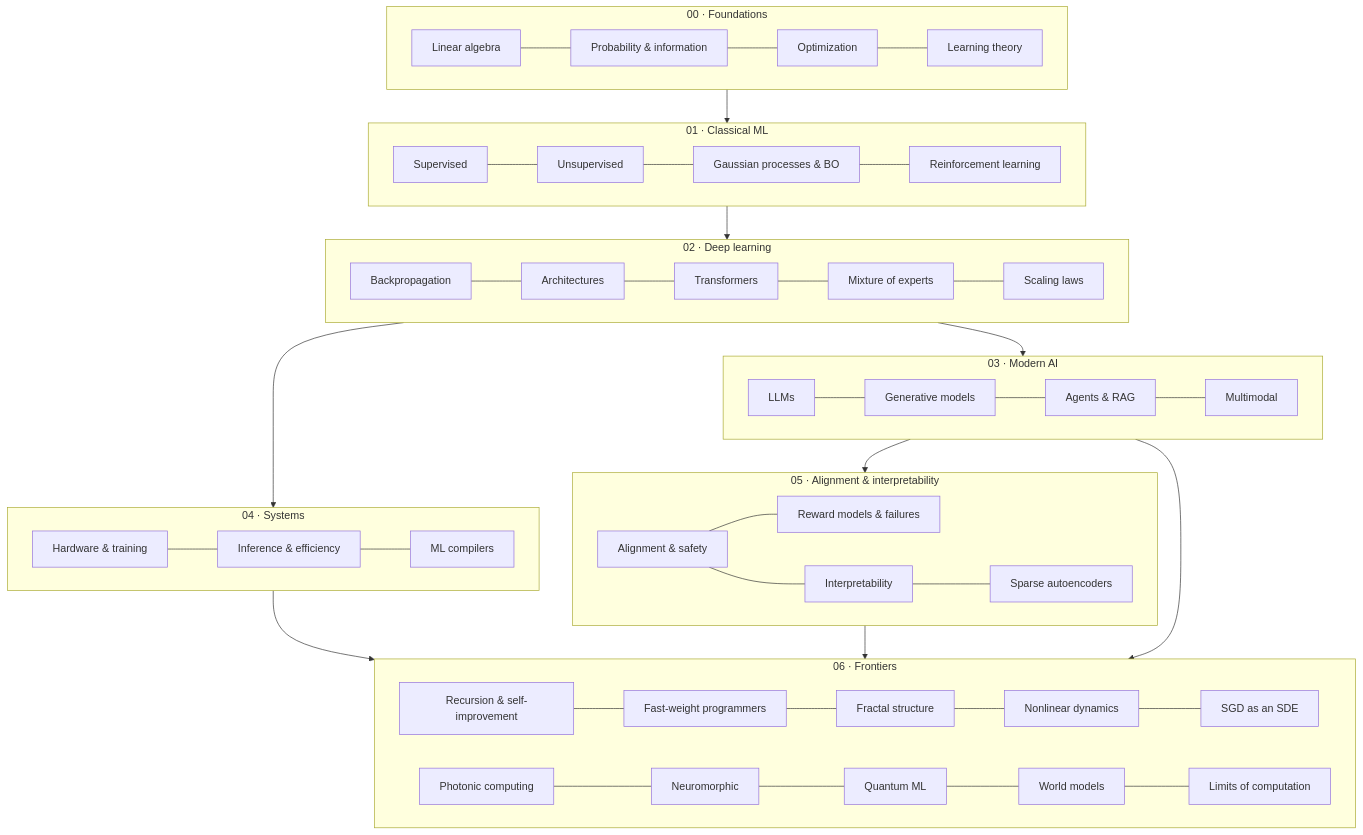
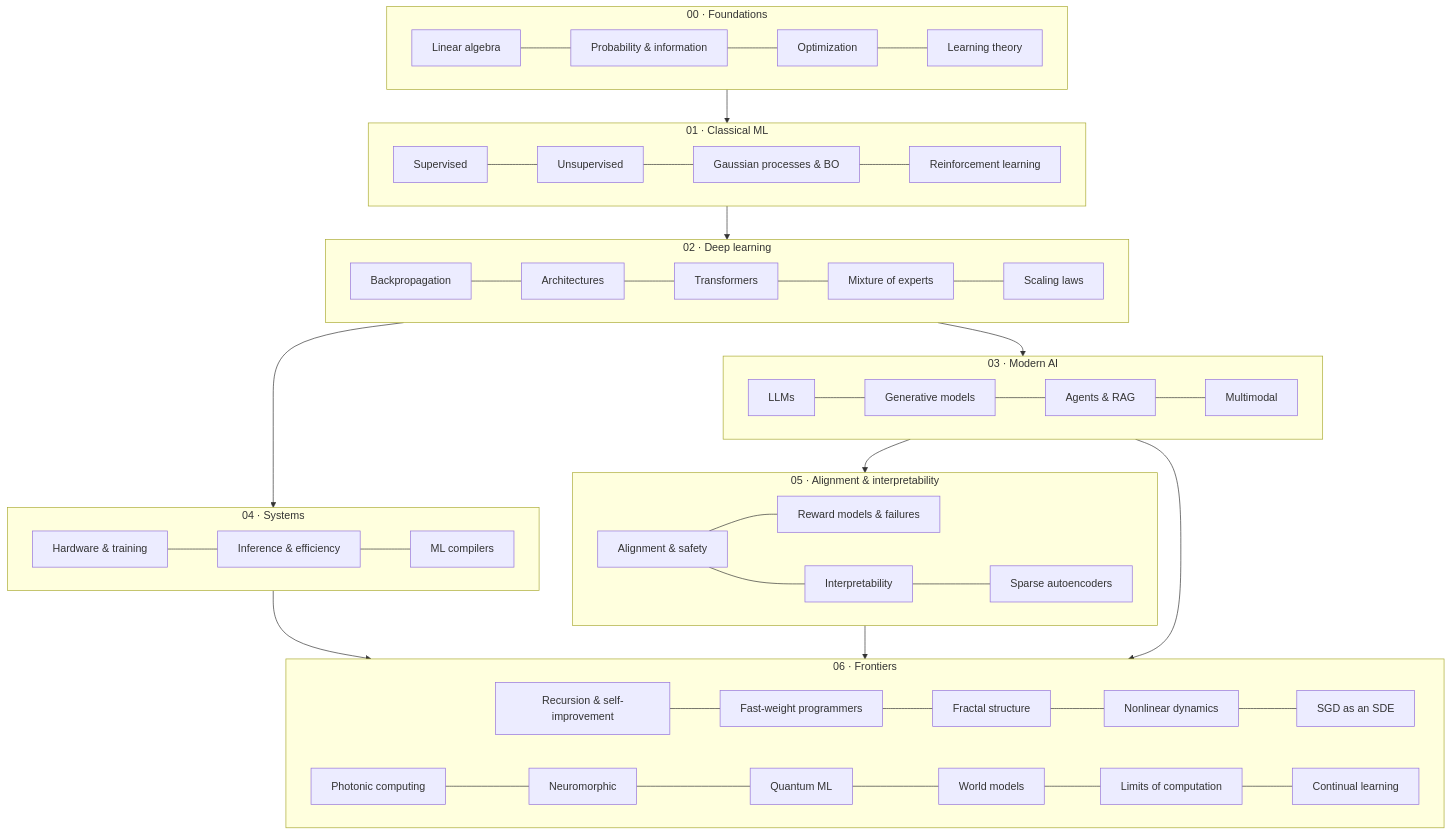
The diagram in README.md (marcpoliquin5/understanding-ai), drawn with Mermaid before and after one commit. The commit also changed other lines of this file and 7 other files, not shown here.

Commit message:
Add Continual learning and catastrophic forgetting page (Frontiers) with 55 new checked references

````diff
--- a/README.md
+++ b/README.md
@@ -30,32 +30,32 @@
 ```mermaid
 flowchart TB
     subgraph F[00 · Foundations]
         F1[Linear algebra] --- F2[Probability & information] --- F3[Optimization] --- F4[Learning theory]
     end
     subgraph C[01 · Classical ML]
         C1[Supervised] --- C2[Unsupervised] --- C4[Gaussian processes & BO] --- C3[Reinforcement learning]
     end
     subgraph D[02 · Deep learning]
         D1[Backpropagation] --- D2[Architectures] --- D3[Transformers] --- D5[Mixture of experts] --- D4[Scaling laws]
     end
     subgraph M[03 · Modern AI]
         M1[LLMs] --- M2[Generative models] --- M3[Agents & RAG] --- M4[Multimodal]
     end
     subgraph S[04 · Systems]
         S1[Hardware & training] --- S2[Inference & efficiency] --- S3[ML compilers]
     end
     subgraph A[05 · Alignment & interpretability]
         A1[Alignment & safety] --- A3[Reward models & failures]
         A1 --- A2[Interpretability] --- A4[Sparse autoencoders]
     end
     subgraph X[06 · Frontiers]
         X1[Recursion & self-improvement] --- X1b[Fast-weight programmers] --- X2[Fractal structure] --- X3[Nonlinear dynamics] --- X3b[SGD as an SDE]
-        X4[Photonic computing] --- X5[Neuromorphic] --- X6[Quantum ML] --- X7[World models] --- X8[Limits of computation]
+        X4[Photonic computing] --- X5[Neuromorphic] --- X6[Quantum ML] --- X7[World models] --- X8[Limits of computation] --- X9[Continual learning]
     end
     F --> C --> D --> M
     D --> S
     M --> A
     S --> X
     A --> X
     M --> X
 ```
````
